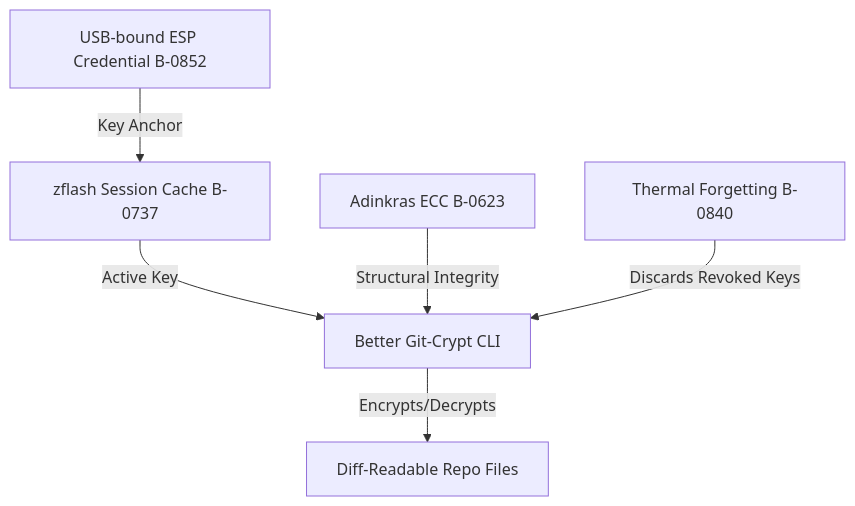
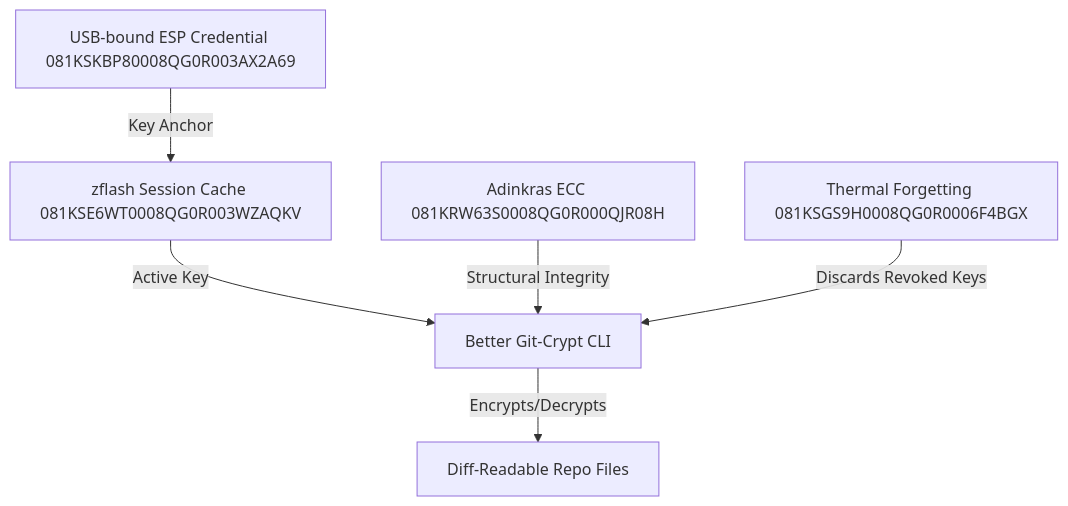
One commit to AceHack/Zeta changed the diagram in docs/research/2026-06-12-better-gitcrypt-post-quantum-lattice-based-architecture.md. Above: the diagram before and after it, drawn with Mermaid. The commit also changed other lines of this file and 6853 other files, not shown here.

````diff
--- a/docs/research/2026-06-12-better-gitcrypt-post-quantum-lattice-based-architecture.md
+++ b/docs/research/2026-06-12-better-gitcrypt-post-quantum-lattice-based-architecture.md
@@ -70,8 +70,8 @@
 ```mermaid
 graph TD
-    A[USB-bound ESP Credential B-0852] -->|Key Anchor| B[zflash Session Cache B-0737]
+    A[USB-bound ESP Credential 081KSKBP80008QG0R003AX2A69] -->|Key Anchor| B[zflash Session Cache 081KSE6WT0008QG0R003WZAQKV]
     B -->|Active Key| C[Better Git-Crypt CLI]
-    D[Adinkras ECC B-0623] -->|Structural Integrity| C
-    E[Thermal Forgetting B-0840] -->|Discards Revoked Keys| C
+    D[Adinkras ECC 081KRW63S0008QG0R000QJR08H] -->|Structural Integrity| C
+    E[Thermal Forgetting 081KSGS9H0008QG0R0006F4BGX] -->|Discards Revoked Keys| C
     C -->|Encrypts/Decrypts| F[Diff-Readable Repo Files]
 ```
````
